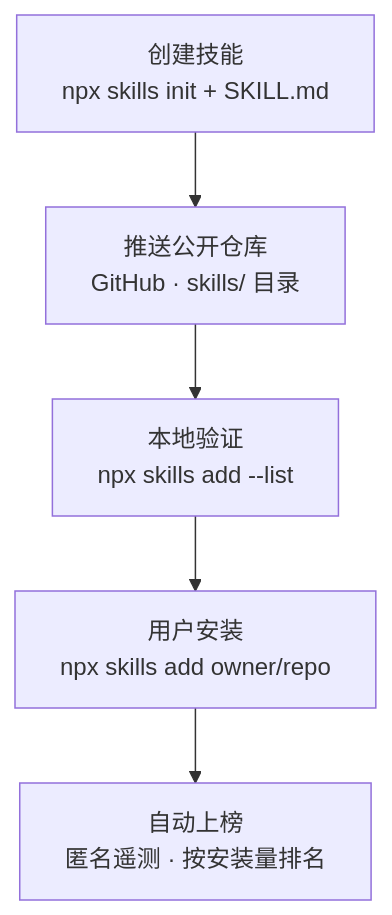
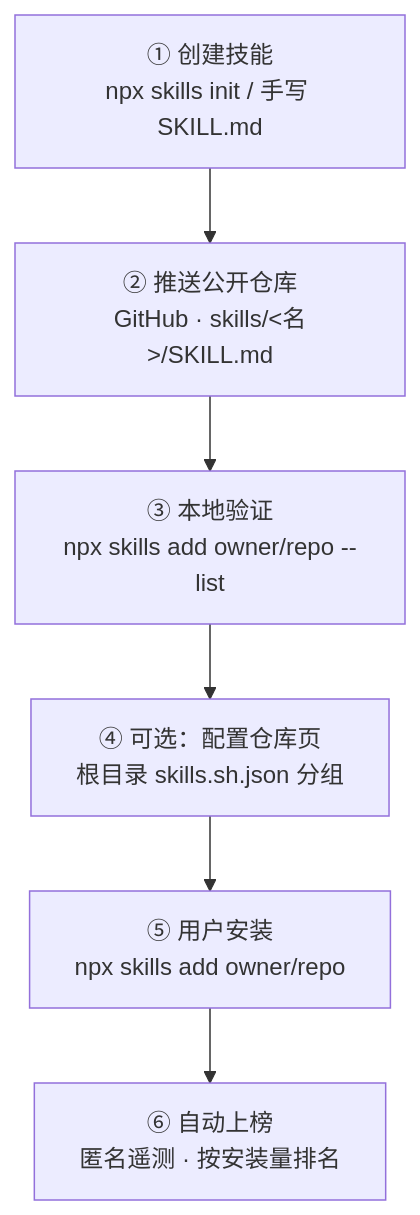
Before and after one commit to huadongzhou/skills: the diagram in skills-sh-发布指南.md, drawn with Mermaid. The commit also changed other lines of this file and 23 other files, not shown here.

````diff
--- a/skills-sh-发布指南.md
+++ b/skills-sh-发布指南.md
@@ -15,7 +23,8 @@
 ```mermaid
 graph TD
-    A[创建技能<br/>npx skills init + SKILL.md] --> B[推送公开仓库<br/>GitHub · skills/ 目录]
-    B --> C[本地验证<br/>npx skills add --list]
-    C --> D[用户安装<br/>npx skills add owner/repo]
-    D --> E[自动上榜<br/>匿名遥测 · 按安装量排名]
+    A["① 创建技能<br/>npx skills init / 手写 SKILL.md"] --> B["② 推送公开仓库<br/>GitHub · skills/&lt;名&gt;/SKILL.md"]
+    B --> C["③ 本地验证<br/>npx skills add owner/repo --list"]
+    C --> D["④ 可选：配置仓库页<br/>根目录 skills.sh.json 分组"]
+    D --> E["⑤ 用户安装<br/>npx skills add owner/repo"]
+    E --> F["⑥ 自动上榜<br/>匿名遥测 · 按安装量排名"]
 ```
````
